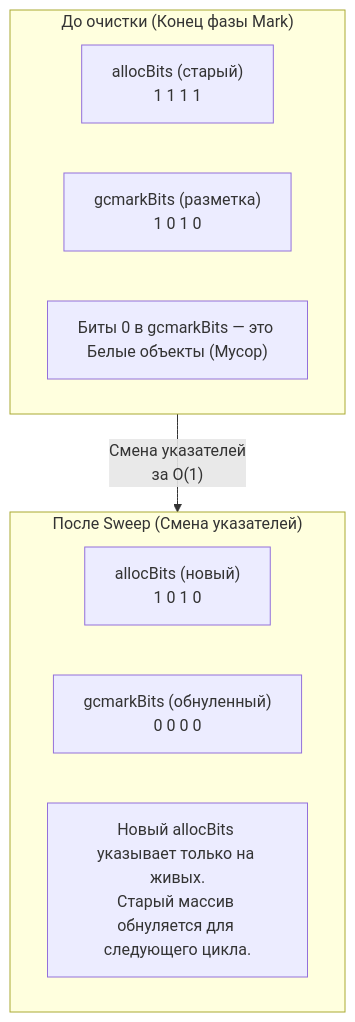
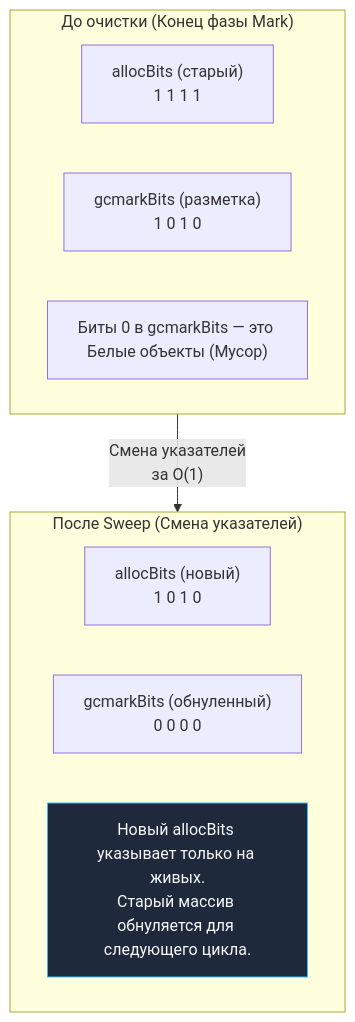
The second of 2 diagrams in sources/7. Глубокий Go (Внутреннее устройство)/25. Mark, Sweep и Tricolor GC.md (UnrealTemplier/go-textbook), drawn with Mermaid before and after one commit. The commit also changed other lines of this file and 1666 other files, not shown here.

First line of the commit message:
feat(mermaid): add semantic color classDef to 1369 colorless flowchart/graph diagrams

````diff
--- a/sources/7. Глубокий Go (Внутреннее устройство)/25. Mark, Sweep и Tricolor GC.md
+++ b/sources/7. Глубокий Go (Внутреннее устройство)/25. Mark, Sweep и Tricolor GC.md
@@ -92,16 +102,26 @@
 ```mermaid
 flowchart TD
+    classDef process  fill:#1e293b,stroke:#38bdf8,stroke-width:1px,color:#f8fafc
+    classDef success  fill:#064e3b,stroke:#34d399,stroke-width:1px,color:#f8fafc
+    classDef error    fill:#7f1d1d,stroke:#f87171,stroke-width:1px,color:#f8fafc
+    classDef warning  fill:#78350f,stroke:#fbbf24,stroke-width:1px,color:#f8fafc
+    classDef entry    fill:#1e3a5f,stroke:#38bdf8,stroke-width:2px,color:#f8fafc
+    classDef aux      fill:#334155,stroke:#64748b,stroke-width:1px,color:#f8fafc
+    classDef system   fill:#312e81,stroke:#a78bfa,stroke-width:1px,color:#f8fafc
+    classDef data     fill:#132d29,stroke:#2dd4bf,stroke-width:1px,color:#f8fafc
+    classDef network  fill:#881337,stroke:#fb7185,stroke-width:1px,color:#f8fafc
+    classDef accent   fill:#1e1b4b,stroke:#818cf8,stroke-width:1px,color:#f8fafc
     subgraph ДО_ОЧИСТКИ ["До очистки (Конец фазы Mark)"]
         ALLOC_OLD["allocBits (старый)<br>1 1 1 1"]
         MARK_OLD["gcmarkBits (разметка)<br>1 0 1 0"]
         NOTE1["Биты 0 в gcmarkBits — это Белые объекты (Мусор)"]
     end
     
     subgraph ПОСЛЕ_ОЧИСТКИ ["После Sweep (Смена указателей)"]
         ALLOC_NEW["allocBits (новый)<br>1 0 1 0"]
         MARK_NEW["gcmarkBits (обнуленный)<br>0 0 0 0"]
-        NOTE2["Новый allocBits указывает только на живых.<br>Старый массив обнуляется для следующего цикла."]
+        NOTE2["Новый allocBits указывает только на живых.<br>Старый массив обнуляется для следующего цикла."]:::process
     end
     
     ДО_ОЧИСТКИ -->|"Смена указателей<br>за O(1)"| ПОСЛЕ_ОЧИСТКИ
 ```
````
